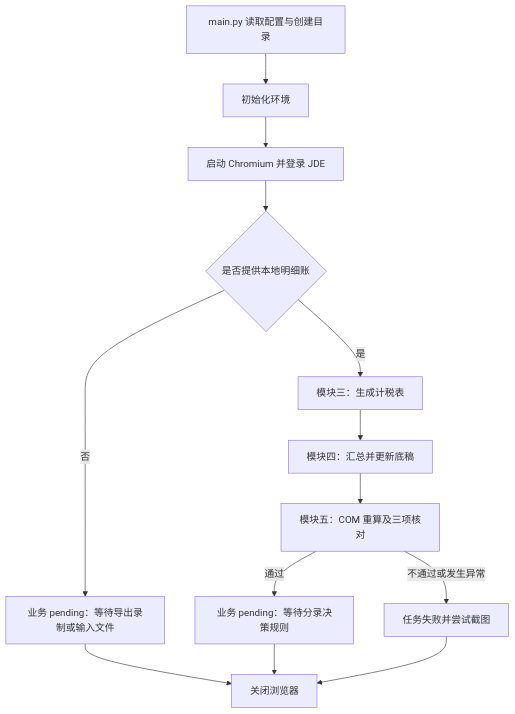
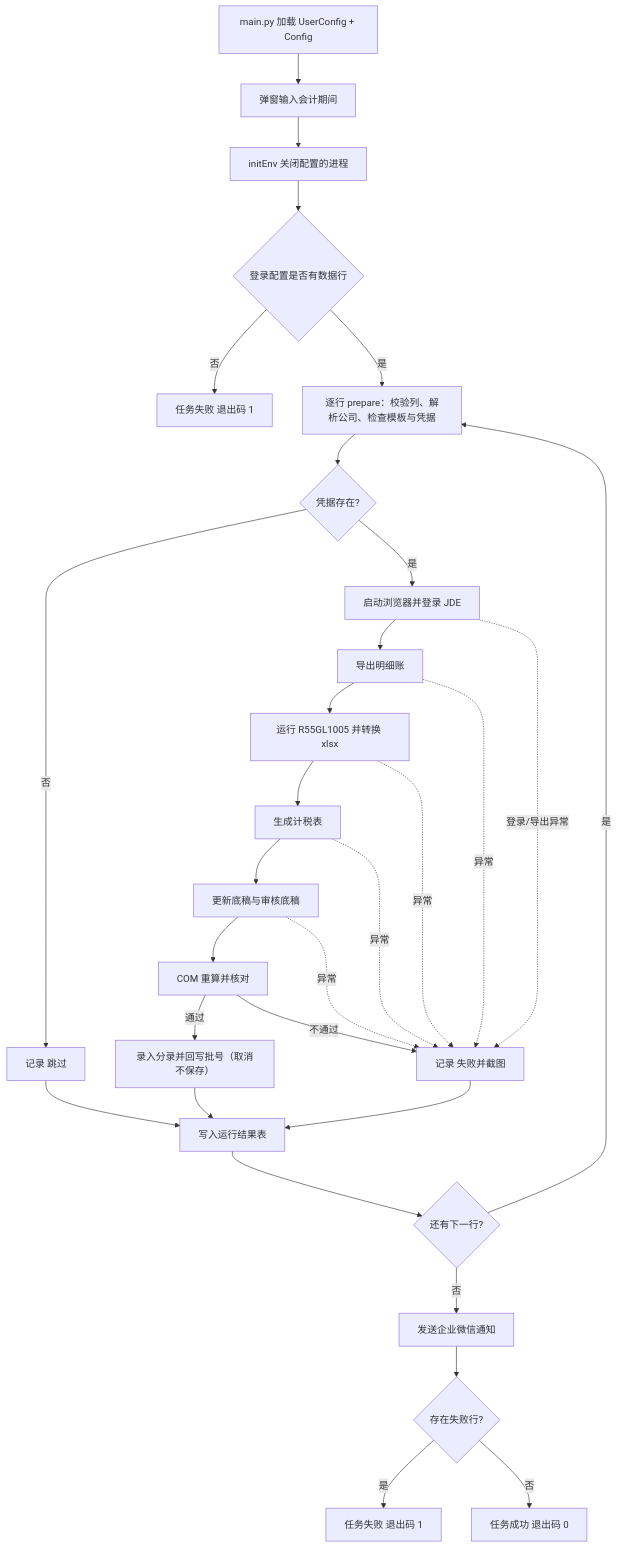
One commit to keyi112333/taiguhui-jde-new changed the diagram in 程序说明文档.md. Above: the diagram before and after it, drawn with Mermaid. The commit also changed other lines of this file and 4 other files, not shown here.

````diff
--- a/程序说明文档.md
+++ b/程序说明文档.md
@@ -163,15 +244,32 @@
 ```mermaid
 flowchart TD
-    A[main.py 读取配置与创建目录] --> B[初始化环境]
-    B --> C[启动 Chromium 并登录 JDE]
-    C --> D{是否提供本地明细账}
-    D -->|否| P[业务 pending：等待导出录制或输入文件]
-    D -->|是| E[模块三：生成计税表]
-    E --> F[模块四：汇总并更新底稿]
-    F --> G[模块五：COM 重算及三项核对]
-    G -->|通过| Q[业务 pending：等待分录决策规则]
-    G -->|不通过或发生异常| R[任务失败并尝试截图]
-    P --> Z[关闭浏览器]
-    Q --> Z
-    R --> Z
+    A[main.py 加载 UserConfig + Config] --> B[弹窗输入会计期间]
+    B --> C[initEnv 关闭配置的进程]
+    C --> D{登录配置是否有数据行}
+    D -->|否| Y[任务失败 退出码 1]
+    D -->|是| E[逐行 prepare：校验列、解析公司、检查模板与凭据]
+    E --> S{凭据存在?}
+    S -->|否| K[记录 跳过]
+    S -->|是| F[启动浏览器并登录 JDE]
+    F --> G[导出明细账]
+    G --> H[运行 R55GL1005 并转换 xlsx]
+    H --> I[生成计税表]
+    I --> J[更新底稿与审核底稿]
+    J --> L[COM 重算并核对]
+    L -->|通过| M[录入分录并回写批号（取消不保存）]
+    L -->|不通过| X[记录 失败并截图]
+    F -.登录/导出异常.-> X
+    G -.异常.-> X
+    H -.异常.-> X
+    I -.异常.-> X
+    J -.异常.-> X
+    M --> R[写入运行结果表]
+    K --> R
+    X --> R
+    R --> N{还有下一行?}
+    N -->|是| E
+    N -->|否| O[发送企业微信通知]
+    O --> P{存在失败行?}
+    P -->|是| Q[任务失败 退出码 1]
+    P -->|否| Z[任务成功 退出码 0]
 ```
````
